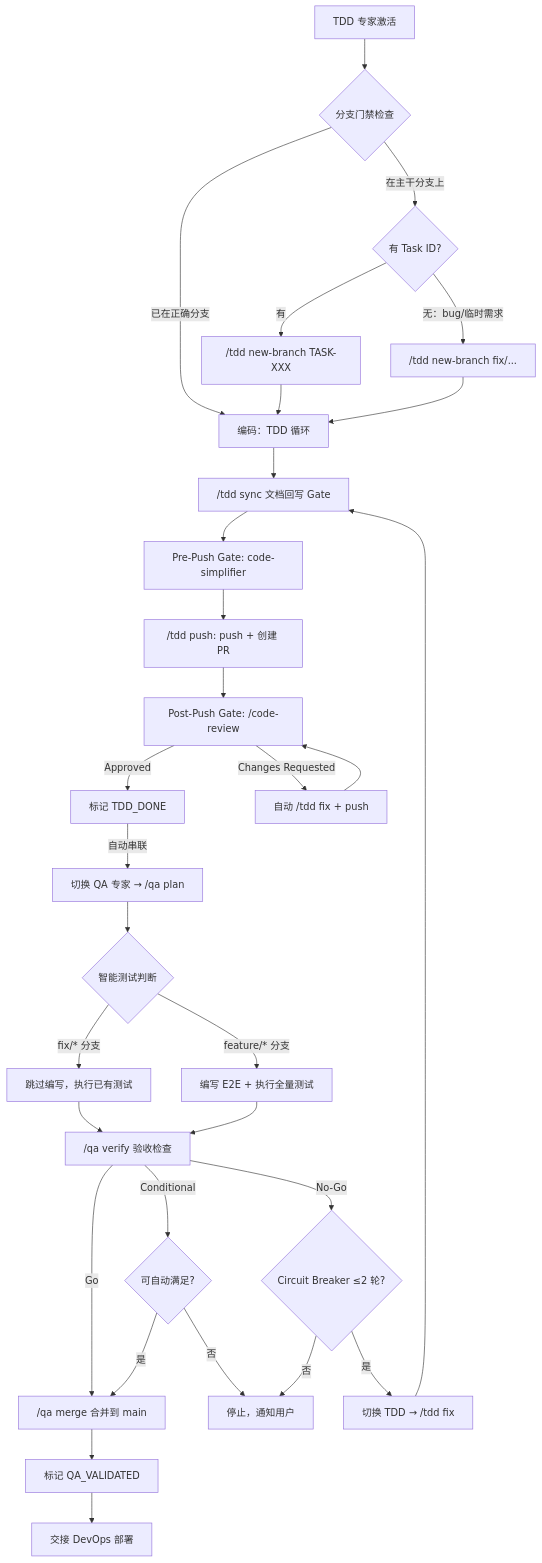
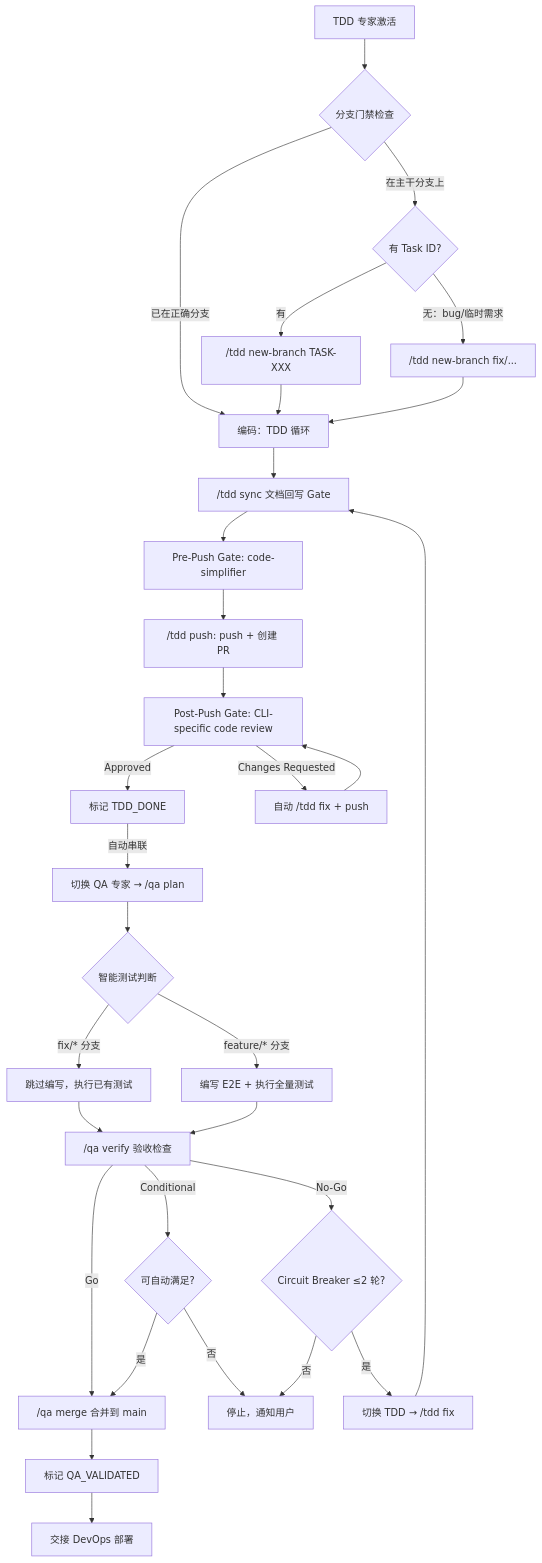
One commit to hollisyao2024/PromptsEngineering changed the diagram in AgentRoles/Handbooks/TDD-PROGRAMMING-EXPERT.playbook.md. Above: the diagram before and after it, drawn with Mermaid. The commit also changed other lines of this file and 3 other files, not shown here.

First line of the commit message:
feat: align tdd code review commands (#5)

````diff
--- a/AgentRoles/Handbooks/TDD-PROGRAMMING-EXPERT.playbook.md
+++ b/AgentRoles/Handbooks/TDD-PROGRAMMING-EXPERT.playbook.md
@@ -194,33 +194,33 @@
 ```mermaid
 flowchart TD
     A[TDD 专家激活] --> B{分支门禁检查}
     B -->|在主干分支上| C{有 Task ID?}
     B -->|已在正确分支| F[编码：TDD 循环]
     C -->|有| D["/tdd new-branch TASK-XXX"]
     C -->|无：bug/临时需求| E["/tdd new-branch fix/..."]
     D --> F
     E --> F
     F --> G["/tdd sync 文档回写 Gate"]
     G --> G2["Pre-Push Gate: code-simplifier"]
     G2 --> H["/tdd push: push + 创建 PR"]
-    H --> H2["Post-Push Gate: /code-review"]
+    H --> H2["Post-Push Gate: CLI-specific code review"]
     H2 -->|Approved| I[标记 TDD_DONE]
     H2 -->|Changes Requested| H3["自动 /tdd fix + push"]
     H3 --> H2
     I -->|自动串联| QA1["切换 QA 专家 → /qa plan"]
     QA1 --> QA2{智能测试判断}
     QA2 -->|fix/* 分支| QA3[跳过编写，执行已有测试]
     QA2 -->|feature/* 分支| QA4[编写 E2E + 执行全量测试]
     QA3 --> QA5["/qa verify 验收检查"]
     QA4 --> QA5
     QA5 -->|Go| QA6["/qa merge 合并到 main"]
     QA5 -->|Conditional| QA7{可自动满足?}
     QA7 -->|是| QA6
     QA7 -->|否| STOP[停止，通知用户]
     QA5 -->|No-Go| QA8{Circuit Breaker ≤2 轮?}
     QA8 -->|是| FIX["切换 TDD → /tdd fix"]
     QA8 -->|否| STOP
     FIX --> G
     QA6 --> QA9[标记 QA_VALIDATED]
     QA9 --> DEPLOY[交接 DevOps 部署]
 ```
````
